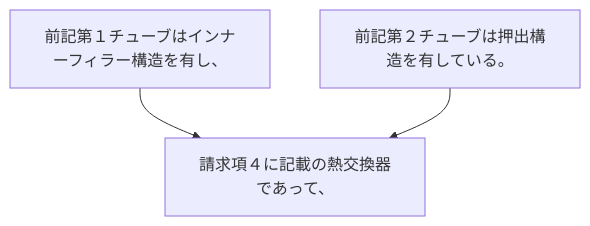
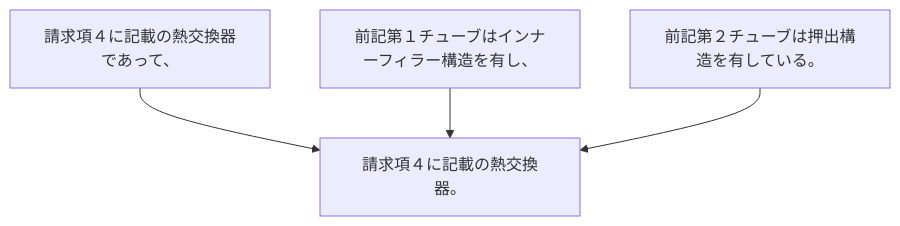
Before and after one commit to shinmori55/patent_analyzed: the diagram in 2024/JP2024007944A/claim_5/README.md, drawn with Mermaid. The commit also changed 336 other files, not shown here.

````diff
--- a/2024/JP2024007944A/claim_5/README.md
+++ b/2024/JP2024007944A/claim_5/README.md
@@ -3,8 +3,10 @@
 ```mermaid
 flowchart TD
 A[請求項４に記載の熱交換器であって、]
 B[前記第１チューブはインナーフィラー構造を有し、]
 C[前記第２チューブは押出構造を有している。]
-B --> A
-C --> A
+D[請求項４に記載の熱交換器。]
+A --> D
+B --> D
+C --> D
 ```
````
